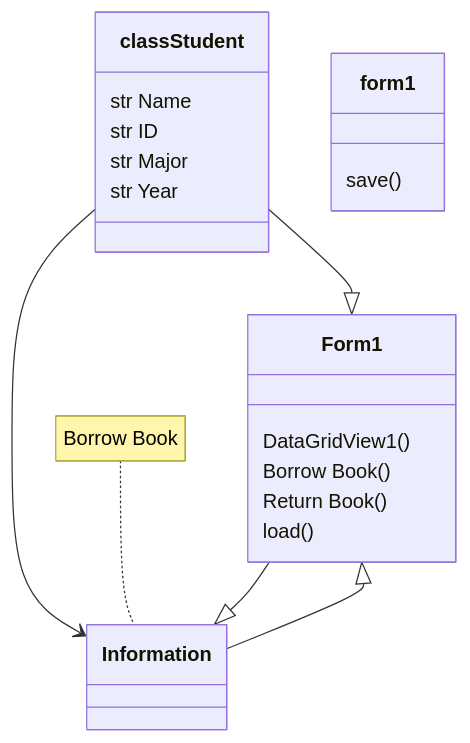
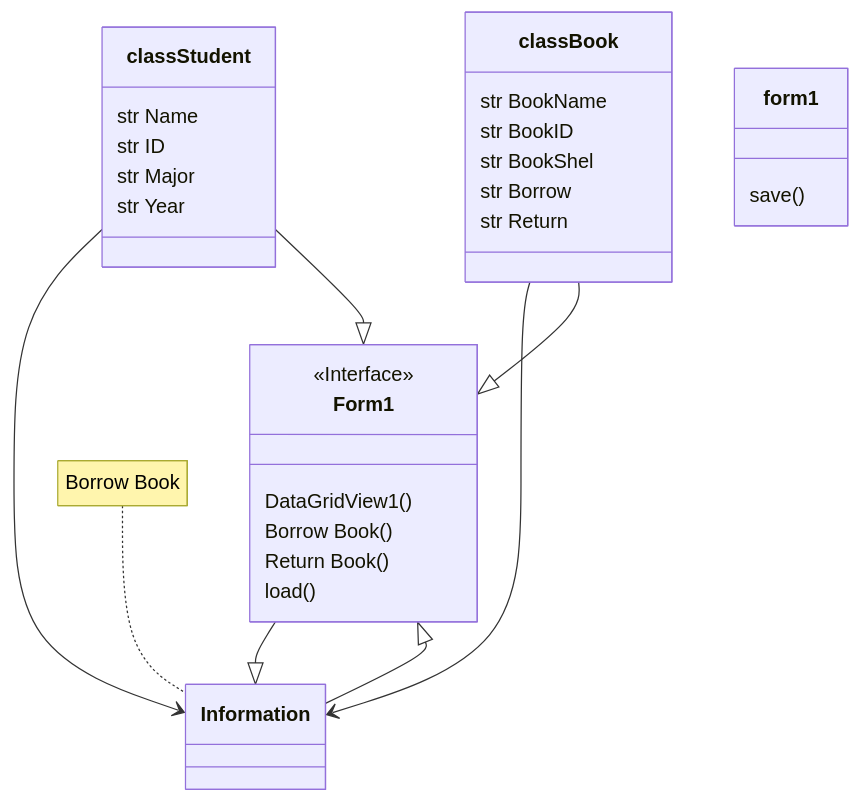
One commit to bbxxaxxm/Finalnatnicha changed the diagram in README.md. Above: the diagram before and after it, drawn with Mermaid.

````diff
--- a/README.md
+++ b/README.md
@@ -9,18 +9,25 @@
 ```mermaid
 classDiagram
 Form1 --|> Information
-
+<<Interface>> Form1
 Information --|> Form1
 note for Information "Borrow Book"
 classStudent --> Information
 classStudent : str Name
 classStudent : str ID
 classStudent : str Major
 classStudent : str Year
 classStudent --|> Form1
+classBook --> Information
+classBook : str BookName
+classBook : str BookID
+classBook : str BookShel
+classBook : str Borrow
+classBook : str Return
+classBook --|> Form1
 Form1 : DataGridView1()
 Form1 : Borrow Book()
 Form1 : Return Book()
 form1 : save()
 Form1 : load()
 ```
````
